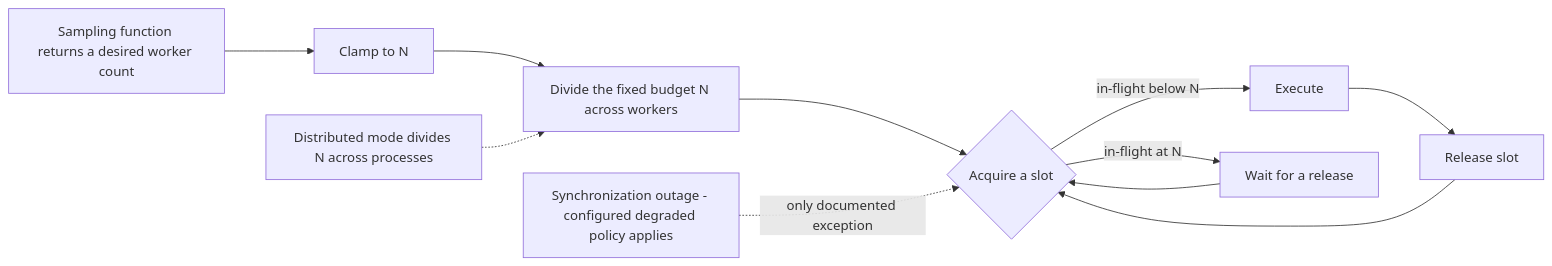
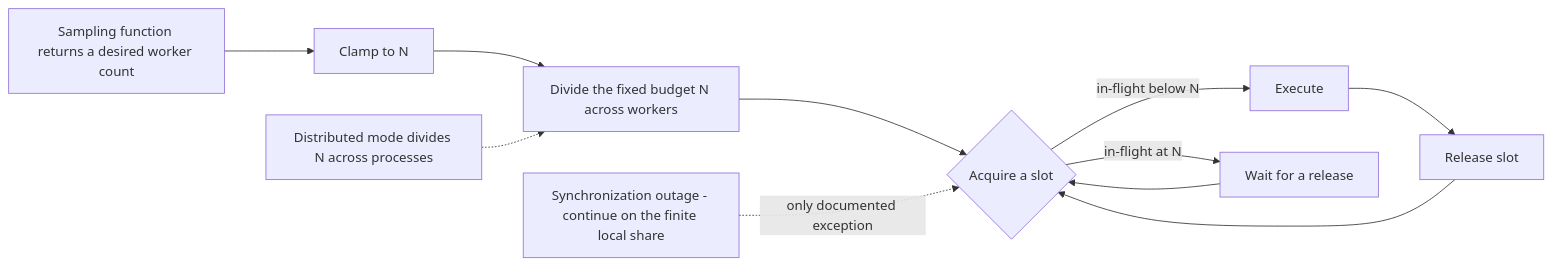
Before and after one commit to MatanelGordon/Limitful: the diagram in docs/utilities/rate-controller.md, drawn with Mermaid. The commit also changed other lines of this file and 10 other files, not shown here.

````diff
--- a/docs/utilities/rate-controller.md
+++ b/docs/utilities/rate-controller.md
@@ -84,14 +88,14 @@
 ```mermaid
 flowchart LR
   SAMP["Sampling function returns a desired worker count"] --> CLAMP["Clamp to N"]
   CLAMP --> DIVIDE["Divide the fixed budget N across workers"]
   DIVIDE --> ACQ{"Acquire a slot"}
   ACQ -->|"in-flight below N"| RUN["Execute"]
   ACQ -->|"in-flight at N"| HOLD["Wait for a release"]
   RUN --> REL["Release slot"]
   REL --> ACQ
   HOLD --> ACQ
 
   COORD["Distributed mode divides N across processes"] -.-> DIVIDE
-  OUT["Synchronization outage - configured degraded policy applies"] -.->|"only documented exception"| ACQ
+  OUT["Synchronization outage - continue on the finite local share"] -.->|"only documented exception"| ACQ
 ```
````
